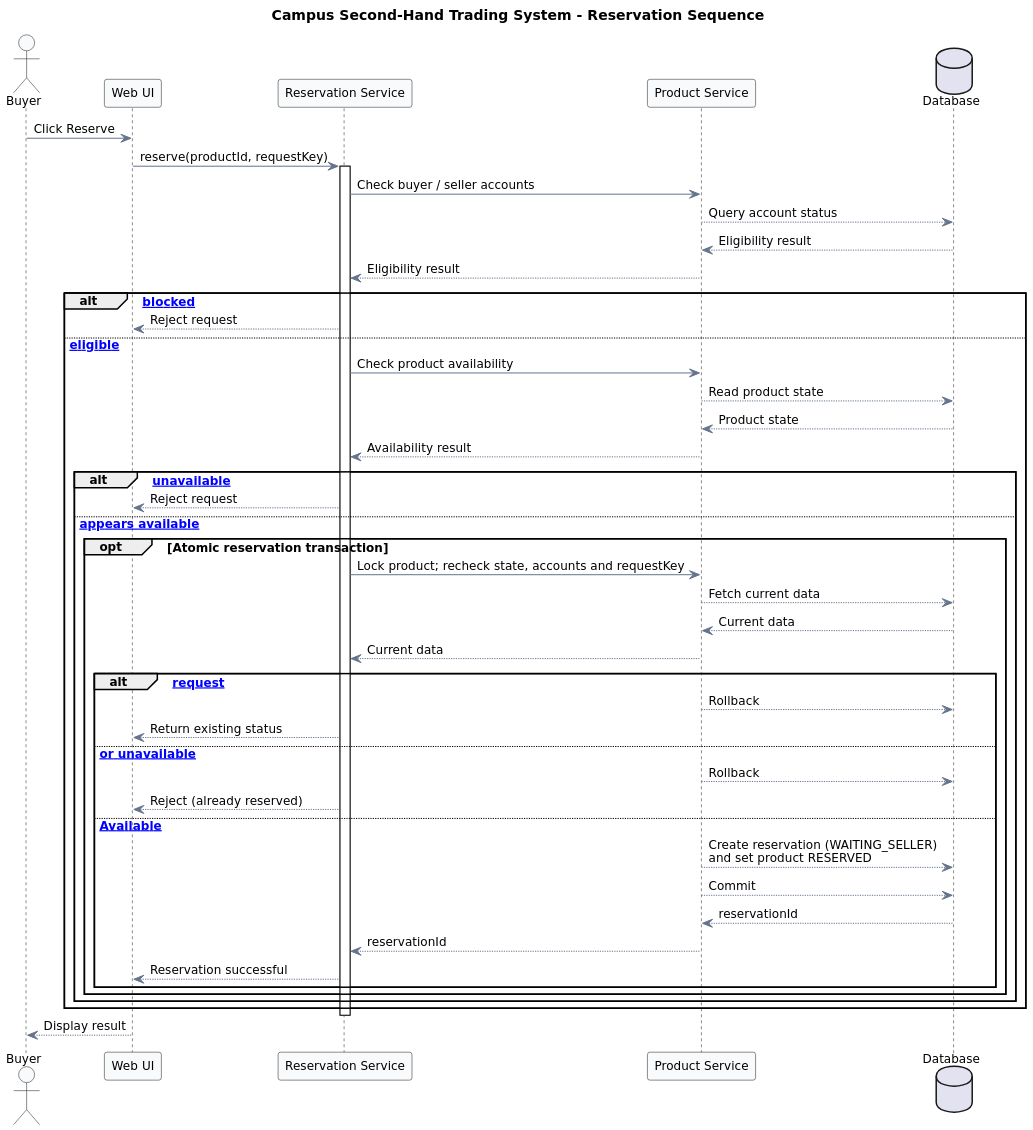
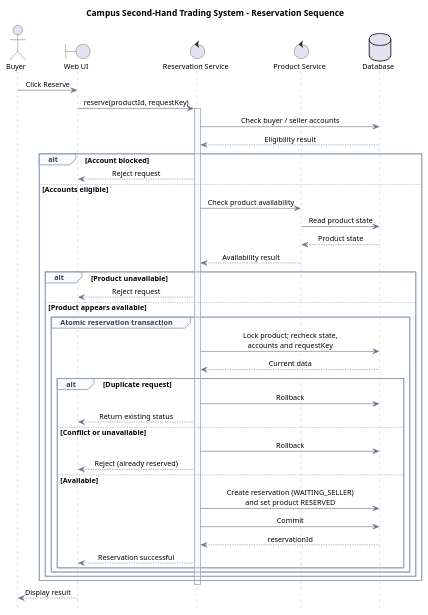
The diagram in lab2/UML/UML时序图.puml (h53733856-cyber/Software-Engineering-Course), drawn with PlantUML before and after one commit. The commit also changed 23 other files, not shown here.

Commit message:
lab2: UML and UI finished

```diff
--- a/lab2/UML/UML时序图.puml
+++ b/lab2/UML/UML时序图.puml
@@ -2,71 +2,74 @@
 @startuml UML时序图
 
 title Campus Second-Hand Trading System - Reservation Sequence
+
+hide footbox
+skinparam backgroundColor #FFFFFF
+skinparam shadowing false
+skinparam defaultFontName Arial
+skinparam defaultFontSize 12
+skinparam ParticipantPadding 12
+skinparam BoxPadding 8
+skinparam responseMessageBelowArrow false
+skinparam sequenceMessageAlign center
+
 skinparam sequence {
-  Actor {
-    BackgroundColor #F8FAFC
-  }
-  Participant {
-    BackgroundColor #F8FAFC
-  }
-  Message {
-    FontSize 11
-  }
-  ArrowColor #64748B
+    ArrowColor #64748B
+    LifeLineBorderColor #94A3B8
+    LifeLineBackgroundColor #F8FAFC
+    ParticipantBorderColor #64748B
+    ParticipantBackgroundColor #EFF4F9
+    ParticipantFontColor #1E293B
+    GroupBorderColor #94A3B8
+    GroupBackgroundColor #F8FAFC
+    GroupHeaderFontColor #334155
 }
-skinparam defaultFontName "DejaVu Sans"
-skinparam defaultFontSize 12
-skinparam dpi 160
 
 actor Buyer
-participant "Web UI" as UI
-participant "Reservation Service" as RS
-participant "Product Service" as PS
-database Database
+boundary "Web UI" as UI
+control "Reservation Service" as RS
+control "Product Service" as PS
+database "Database" as DB
 
 Buyer -> UI : Click Reserve
 UI -> RS : reserve(productId, requestKey)
 activate RS
 
-RS -> PS : Check buyer / seller accounts
-PS --> Database : Query account status
-Database --> PS : Eligibility result
-PS --> RS : Eligibility result
+RS -> DB : Check buyer / seller accounts
+DB --> RS : Eligibility result
 
-alt [Account blocked]
+alt Account blocked
     RS --> UI : Reject request
-else [Accounts eligible]
+else Accounts eligible
     RS -> PS : Check product availability
-    PS --> Database : Read product state
-    Database --> PS : Product state
+    PS -> DB : Read product state
+    DB --> PS : Product state
     PS --> RS : Availability result
 
-    alt [Product unavailable]
+    alt Product unavailable
         RS --> UI : Reject request
-    else [Product appears available]
-        opt Atomic reservation transaction
-            RS -> PS : Lock product; recheck state, accounts and requestKey
-            PS --> Database : Fetch current data
-            Database --> PS : Current data
-            PS --> RS : Current data
+    else Product appears available
+        group Atomic reservation transaction
+            RS -> DB : Lock product; recheck state,\naccounts and requestKey
+            DB --> RS : Current data
 
-            alt [Duplicate request]
-                PS --> Database : Rollback
+            alt Duplicate request
+                RS -> DB : Rollback
                 RS --> UI : Return existing status
-            else [Conflict or unavailable]
-                PS --> Database : Rollback
+            else Conflict or unavailable
+                RS -> DB : Rollback
                 RS --> UI : Reject (already reserved)
-            else [Available]
-                PS --> Database : Create reservation (WAITING_SELLER)\nand set product RESERVED
-                PS --> Database : Commit
-                Database --> PS : reservationId
-                PS --> RS : reservationId
+            else Available
+                RS -> DB : Create reservation (WAITING_SELLER)\nand set product RESERVED
+                RS -> DB : Commit
+                DB --> RS : reservationId
                 RS --> UI : Reservation successful
             end
         end
     end
 end
 
 deactivate RS
 UI --> Buyer : Display result
+
 @enduml
```
